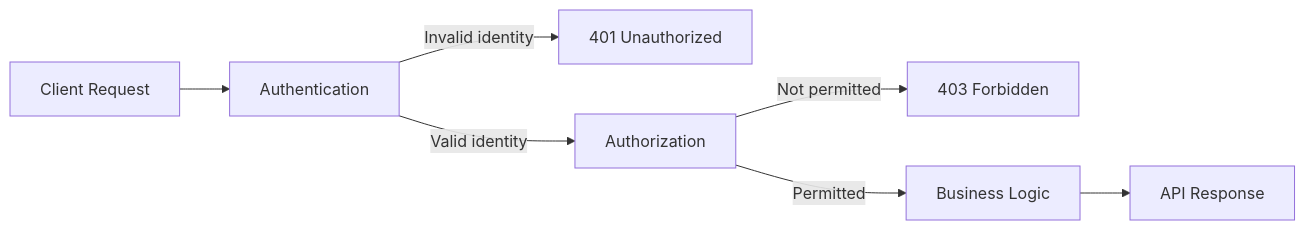
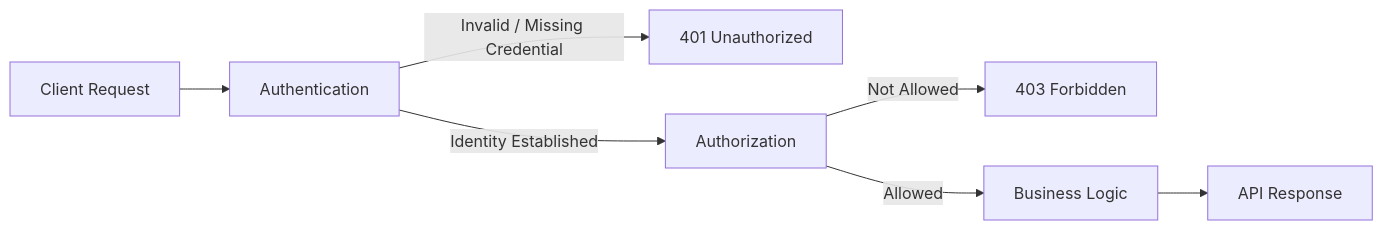
One commit to AvadhBhalodiya/Interview-Preparation changed the first of 5 diagrams in src/content/api-design/authn-authz-oauth-jwt.md. Above: the diagram before and after it, drawn with Mermaid. The commit also changed other lines of this file and 54 other files, not shown here.

````diff
--- a/src/content/api-design/authn-authz-oauth-jwt.md
+++ b/src/content/api-design/authn-authz-oauth-jwt.md
@@ -23,9 +25,9 @@
 ```mermaid
 flowchart LR
     A[Client Request] --> B[Authentication]
-    B -->|Invalid identity| C[401 Unauthorized]
-    B -->|Valid identity| D[Authorization]
-    D -->|Not permitted| E[403 Forbidden]
-    D -->|Permitted| F[Business Logic]
+    B -->|Invalid / Missing Credential| C[401 Unauthorized]
+    B -->|Identity Established| D[Authorization]
+    D -->|Not Allowed| E[403 Forbidden]
+    D -->|Allowed| F[Business Logic]
     F --> G[API Response]
 ```
````
